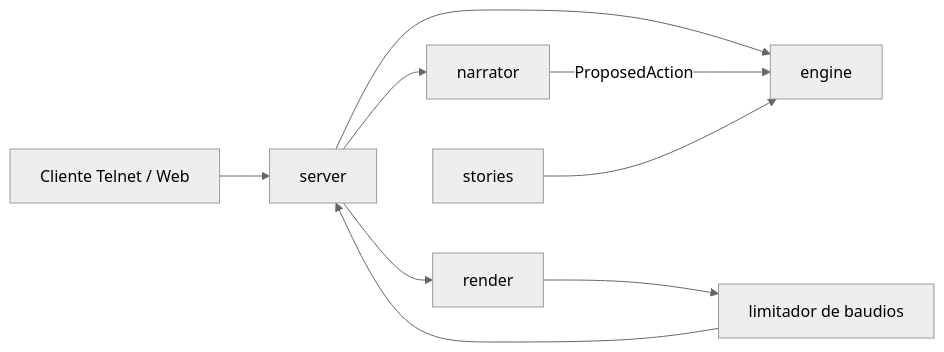
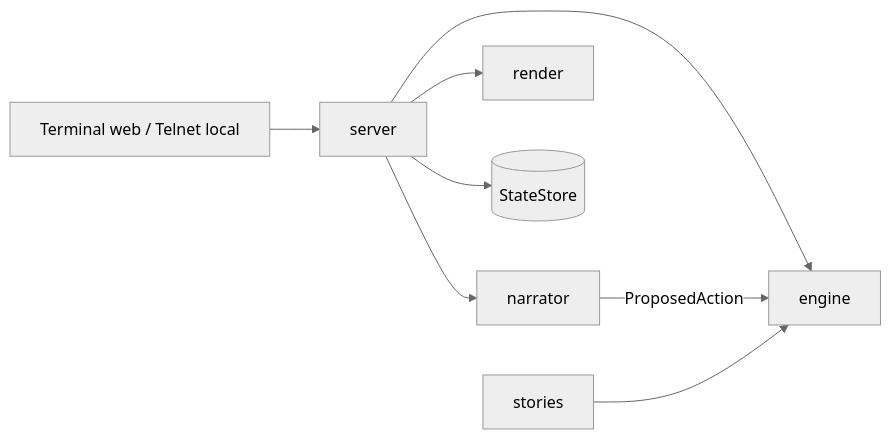
Before and after one commit to rcruz63/bssmaze: the diagram in docs/arquitectura.md, drawn with Mermaid (neutral theme). The commit also changed other lines of this file and 20 other files, not shown here.

````diff
--- a/docs/arquitectura.md
+++ b/docs/arquitectura.md
@@ -4,10 +4,10 @@
 ```mermaid
 flowchart LR
-  Client[Cliente Telnet / Web] --> Server[server]
+  Client[Terminal web / Telnet local] --> Server[server]
   Server --> Narrator[narrator]
   Server --> Engine[engine]
   Server --> Render[render]
+  Server --> Store[(StateStore)]
   Narrator -->|ProposedAction| Engine
   Stories[stories] --> Engine
-  Render --> Throttle[limitador de baudios] --> Server
 ```
````
